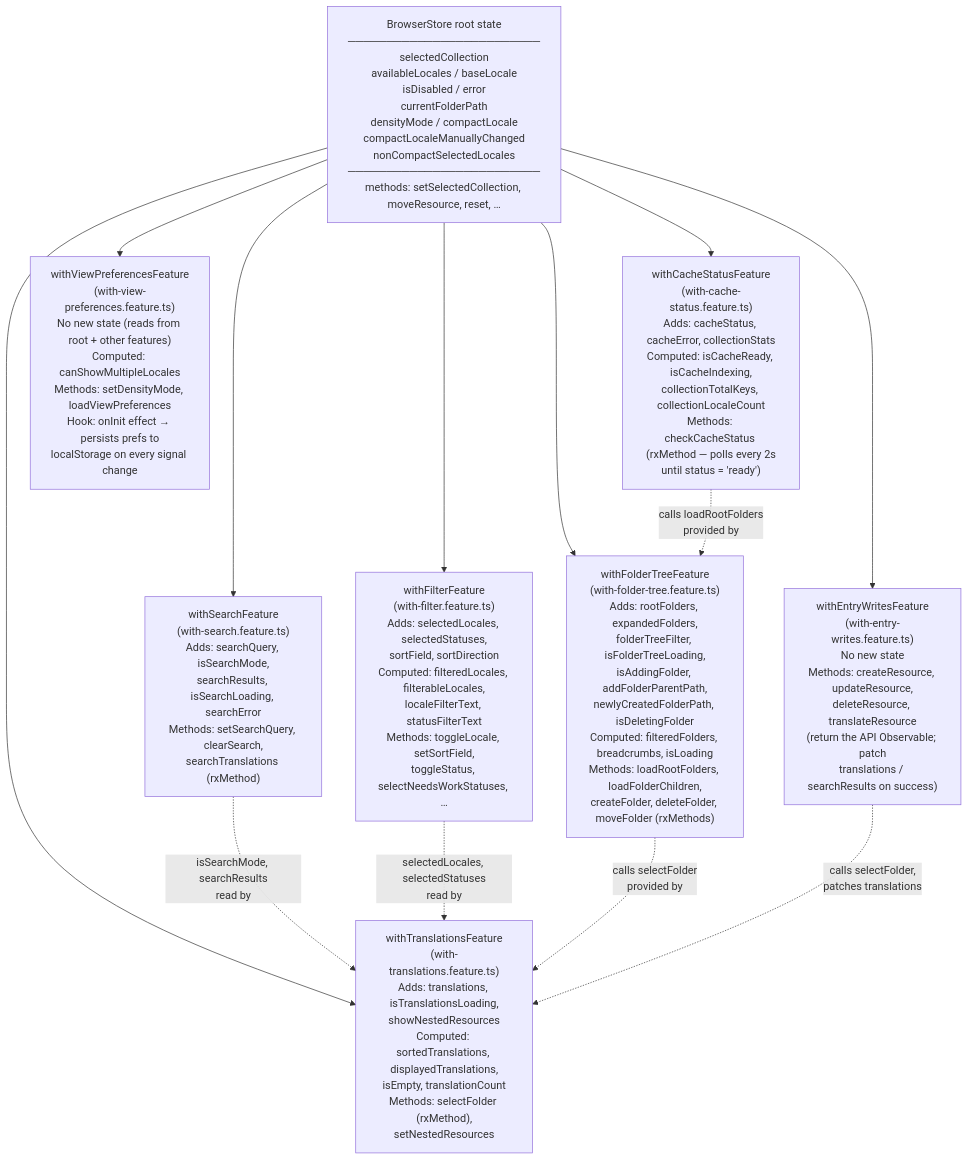
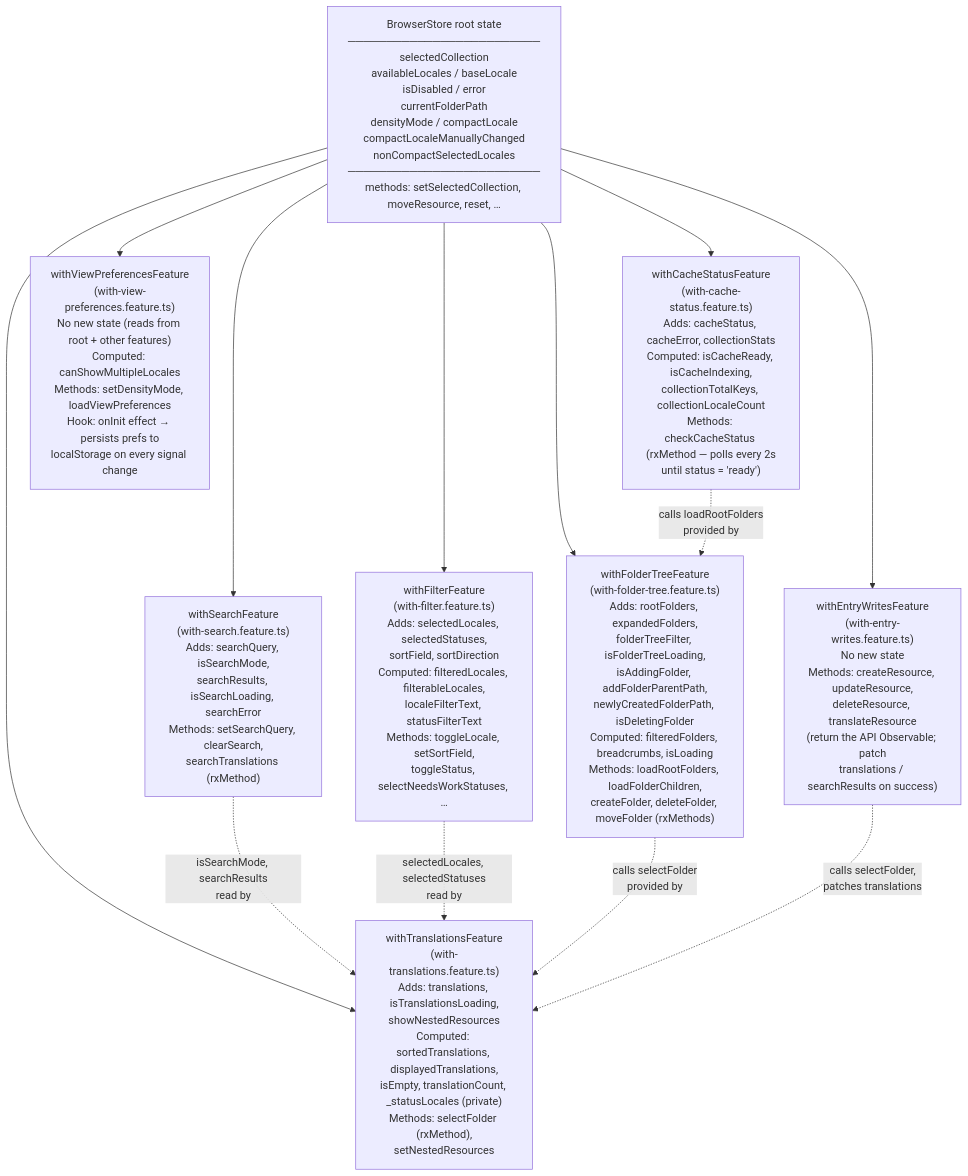
Before and after one commit to SimonNodel-AI/lingo-tracker: the fourth of 4 diagrams in architecture-docs/frontend.md, drawn with Mermaid. The commit also changed other lines of this file and 55 other files, not shown here.

````diff
--- a/architecture-docs/frontend.md
+++ b/architecture-docs/frontend.md
@@ -137,24 +137,24 @@
 ```mermaid
 flowchart TD
     Root["BrowserStore root state\n─────────────────────────\nselectedCollection\navailableLocales / baseLocale\nisDisabled / error\ncurrentFolderPath\ndensityMode / compactLocale\ncompactLocaleManuallyChanged\nnonCompactSelectedLocales\n─────────────────────────\nmethods: setSelectedCollection, moveResource, reset, …"]
 
     Root --> WS["withSearchFeature\n(with-search.feature.ts)\nAdds: searchQuery, isSearchMode,\nsearchResults, isSearchLoading, searchError\nMethods: setSearchQuery, clearSearch,\nsearchTranslations (rxMethod)"]
 
     Root --> WF["withFilterFeature\n(with-filter.feature.ts)\nAdds: selectedLocales, selectedStatuses,\nsortField, sortDirection\nComputed: filteredLocales, filterableLocales,\nlocaleFilterText, statusFilterText\nMethods: toggleLocale, setSortField,\ntoggleStatus, selectNeedsWorkStatuses, …"]
 
-    Root --> WT["withTranslationsFeature\n(with-translations.feature.ts)\nAdds: translations, isTranslationsLoading,\nshowNestedResources\nComputed: sortedTranslations, displayedTranslations,\nisEmpty, translationCount\nMethods: selectFolder (rxMethod),\nsetNestedResources"]
+    Root --> WT["withTranslationsFeature\n(with-translations.feature.ts)\nAdds: translations, isTranslationsLoading,\nshowNestedResources\nComputed: sortedTranslations, displayedTranslations,\nisEmpty, translationCount, _statusLocales (private)\nMethods: selectFolder (rxMethod),\nsetNestedResources"]
 
     Root --> WEW["withEntryWritesFeature\n(with-entry-writes.feature.ts)\nNo new state\nMethods: createResource, updateResource,\ndeleteResource, translateResource\n(return the API Observable; patch\ntranslations / searchResults on success)"]
 
     Root --> WFT["withFolderTreeFeature\n(with-folder-tree.feature.ts)\nAdds: rootFolders, expandedFolders,\nfolderTreeFilter, isFolderTreeLoading,\nisAddingFolder, addFolderParentPath,\nnewlyCreatedFolderPath, isDeletingFolder\nComputed: filteredFolders, breadcrumbs, isLoading\nMethods: loadRootFolders, loadFolderChildren,\ncreateFolder, deleteFolder, moveFolder (rxMethods)"]
 
     Root --> WCS["withCacheStatusFeature\n(with-cache-status.feature.ts)\nAdds: cacheStatus, cacheError, collectionStats\nComputed: isCacheReady, isCacheIndexing,\ncollectionTotalKeys, collectionLocaleCount\nMethods: checkCacheStatus (rxMethod — polls every 2s\nuntil status = 'ready')"]
 
     Root --> WVP["withViewPreferencesFeature\n(with-view-preferences.feature.ts)\nNo new state (reads from root + other features)\nComputed: canShowMultipleLocales\nMethods: setDensityMode, loadViewPreferences\nHook: onInit effect → persists prefs to\nlocalStorage on every signal change"]
 
     WS -.->|"isSearchMode, searchResults\nread by"| WT
     WF -.->|"selectedLocales, selectedStatuses\nread by"| WT
     WFT -.->|"calls selectFolder\nprovided by"| WT
     WEW -.->|"calls selectFolder,\npatches translations"| WT
     WCS -.->|"calls loadRootFolders\nprovided by"| WFT
 ```
````
